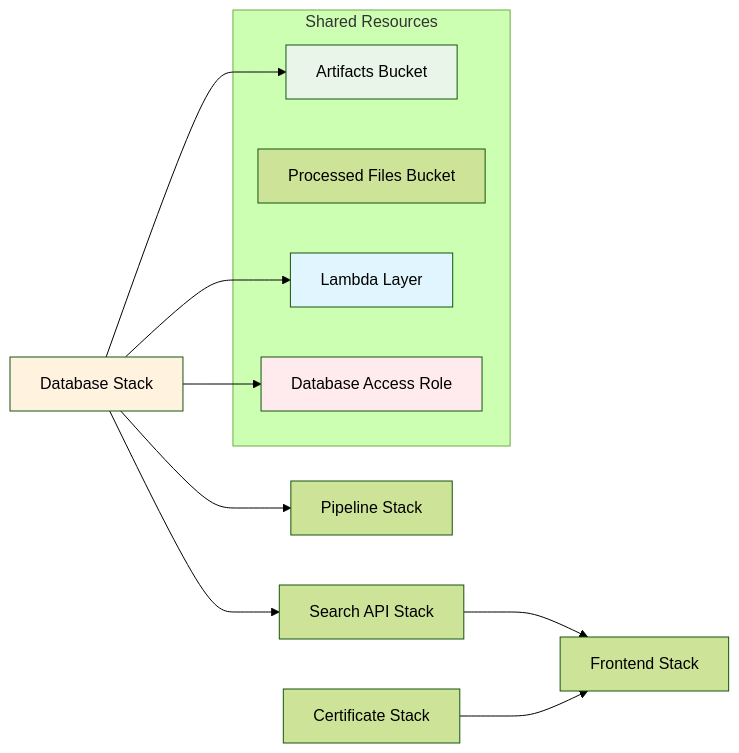
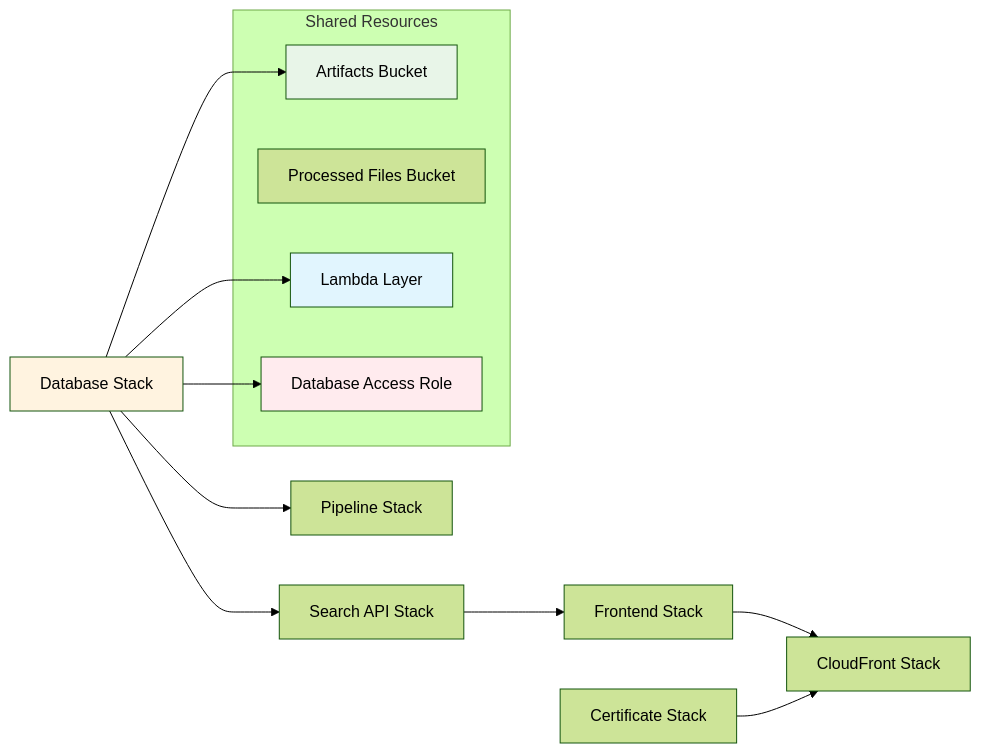
The fourth of 4 diagrams in packages/cdk/README.md (james-ralph8555/fdnix), drawn with Mermaid (forest theme) before and after one commit. The commit also changed other lines of this file and 17 other files, not shown here.

````diff
--- a/packages/cdk/README.md
+++ b/packages/cdk/README.md
@@ -445,23 +461,24 @@
 ```mermaid
 graph LR
     DB[Database Stack] --> PIPE[Pipeline Stack]
     DB --> API[Search API Stack]
     API --> FE[Frontend Stack]
-    CERT[Certificate Stack] --> FE
+    FE --> CF[CloudFront Stack]
+    CERT[Certificate Stack] --> CF
     
     subgraph "Shared Resources"
         S3[Artifacts Bucket]
         PFB[Processed Files Bucket]
         LAYER[Lambda Layer]
         ROLE[Database Access Role]
     end
     
     DB --> S3
     DB --> LAYER  
     DB --> ROLE
     
     style DB fill:#fff3e0
     style S3 fill:#e8f5e8
     style LAYER fill:#e1f5fe
     style ROLE fill:#ffebee
 ```
````
